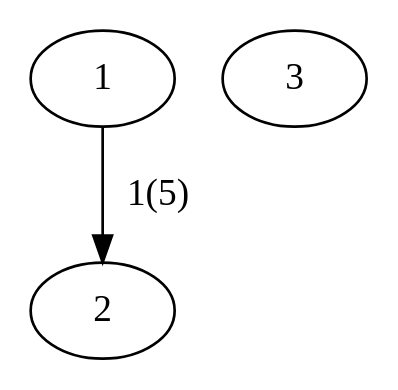
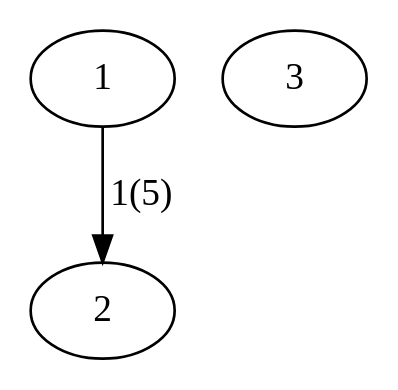
One commit to pgRouting/pgrouting changed the first of 6 diagrams in doc/src/pgRouting-concepts.rst. Above: the diagram before and after it, drawn with Graphviz. The commit also changed other lines of this file and 9 other files, not shown here.

```diff
--- a/doc/src/pgRouting-concepts.rst
+++ b/doc/src/pgRouting-concepts.rst
@@ -138,6 +138,6 @@
 .. graphviz::
 
    digraph G {
-    1 -> 2 [label="  1(5)"];
+    1 -> 2 [label="1(5)"];
     3;
    }
```
